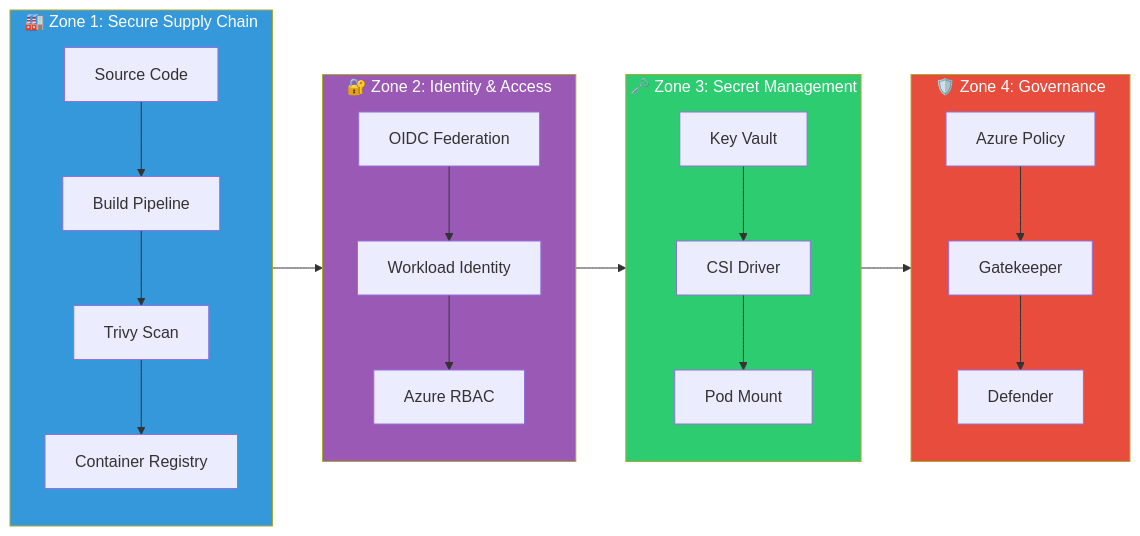
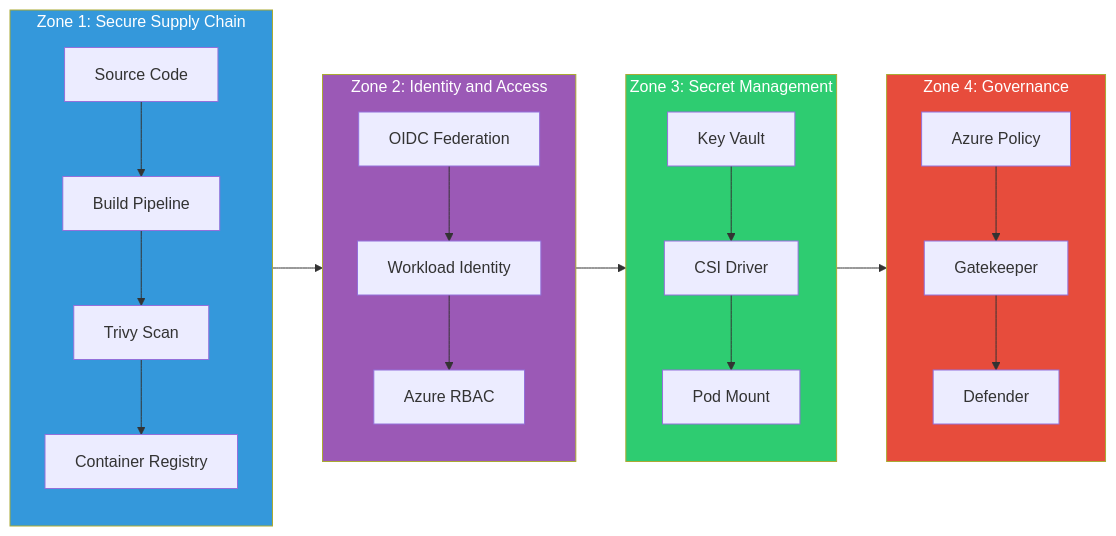
Before and after one commit to Shrinet82/zero-trust-devsecops: the second of 5 diagrams in README.md, drawn with Mermaid. The commit also changed other lines of this file, not shown here.

Commit message:
docs: Fix Mermaid diagram overlap - remove emojis from subgraph names

````diff
--- a/README.md
+++ b/README.md
@@ -141,40 +141,40 @@
 ```mermaid
 graph LR
-    subgraph Zone1["🏭 Zone 1: Secure Supply Chain"]
+    subgraph Zone1["Zone 1: Secure Supply Chain"]
         Z1A[Source Code]
         Z1B[Build Pipeline]
         Z1C[Trivy Scan]
         Z1D[Container Registry]
         Z1A --> Z1B --> Z1C --> Z1D
     end
 
-    subgraph Zone2["🔐 Zone 2: Identity & Access"]
+    subgraph Zone2["Zone 2: Identity and Access"]
         Z2A[OIDC Federation]
         Z2B[Workload Identity]
         Z2C[Azure RBAC]
         Z2A --> Z2B --> Z2C
     end
 
-    subgraph Zone3["🗝️ Zone 3: Secret Management"]
+    subgraph Zone3["Zone 3: Secret Management"]
         Z3A[Key Vault]
         Z3B[CSI Driver]
         Z3C[Pod Mount]
         Z3A --> Z3B --> Z3C
     end
 
-    subgraph Zone4["🛡️ Zone 4: Governance"]
+    subgraph Zone4["Zone 4: Governance"]
         Z4A[Azure Policy]
         Z4B[Gatekeeper]
         Z4C[Defender]
         Z4A --> Z4B --> Z4C
     end
 
     Zone1 --> Zone2
     Zone2 --> Zone3
     Zone3 --> Zone4
 
     style Zone1 fill:#3498db,color:#fff
     style Zone2 fill:#9b59b6,color:#fff
     style Zone3 fill:#2ecc71,color:#fff
     style Zone4 fill:#e74c3c,color:#fff
 ```
````
